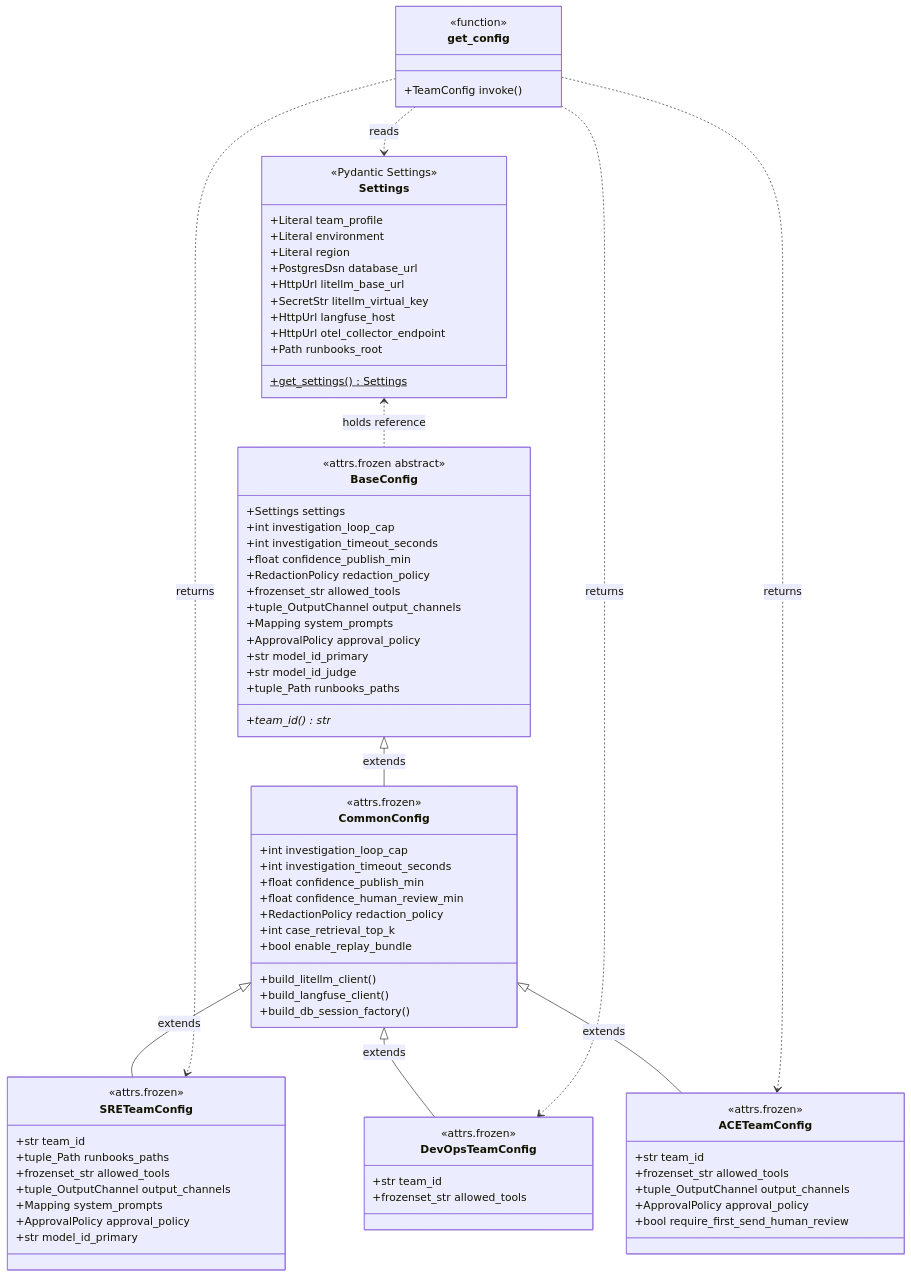
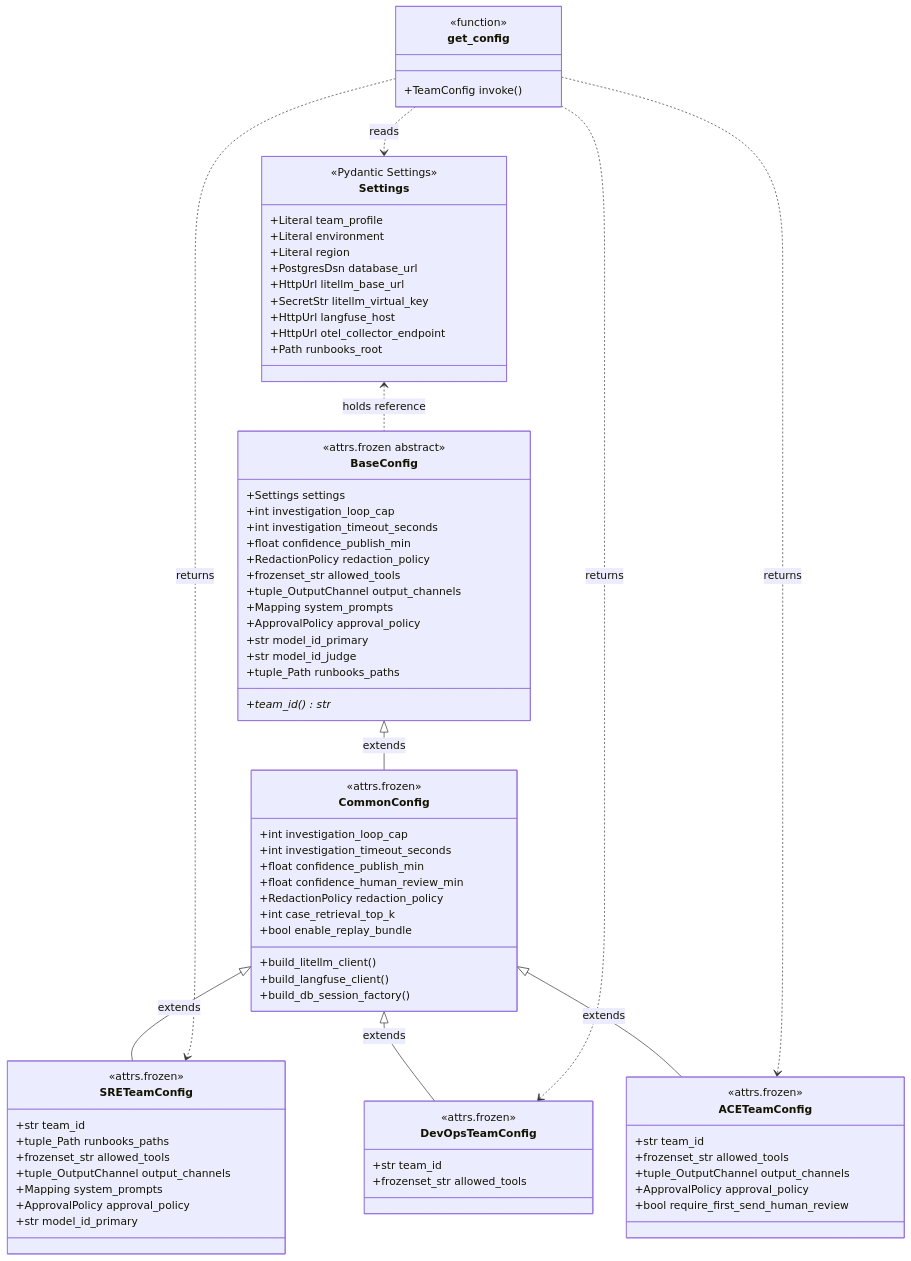
The ninth of 12 diagrams in Sentinel/RFC-001-sentinel-hedgefund.md (offtian/sentinel), drawn with Mermaid before and after one commit. The commit also changed other lines of this file and 58 other files, not shown here.

Commit message:
refactor: replace get_settings() with settings singleton

```diff
--- a/Sentinel/RFC-001-sentinel-hedgefund.md
+++ b/Sentinel/RFC-001-sentinel-hedgefund.md
@@ -2051,7 +2051,6 @@
     +HttpUrl langfuse_host
     +HttpUrl otel_collector_endpoint
     +Path runbooks_root
-    +get_settings() Settings$
   }
 
   class BaseConfig {
```
